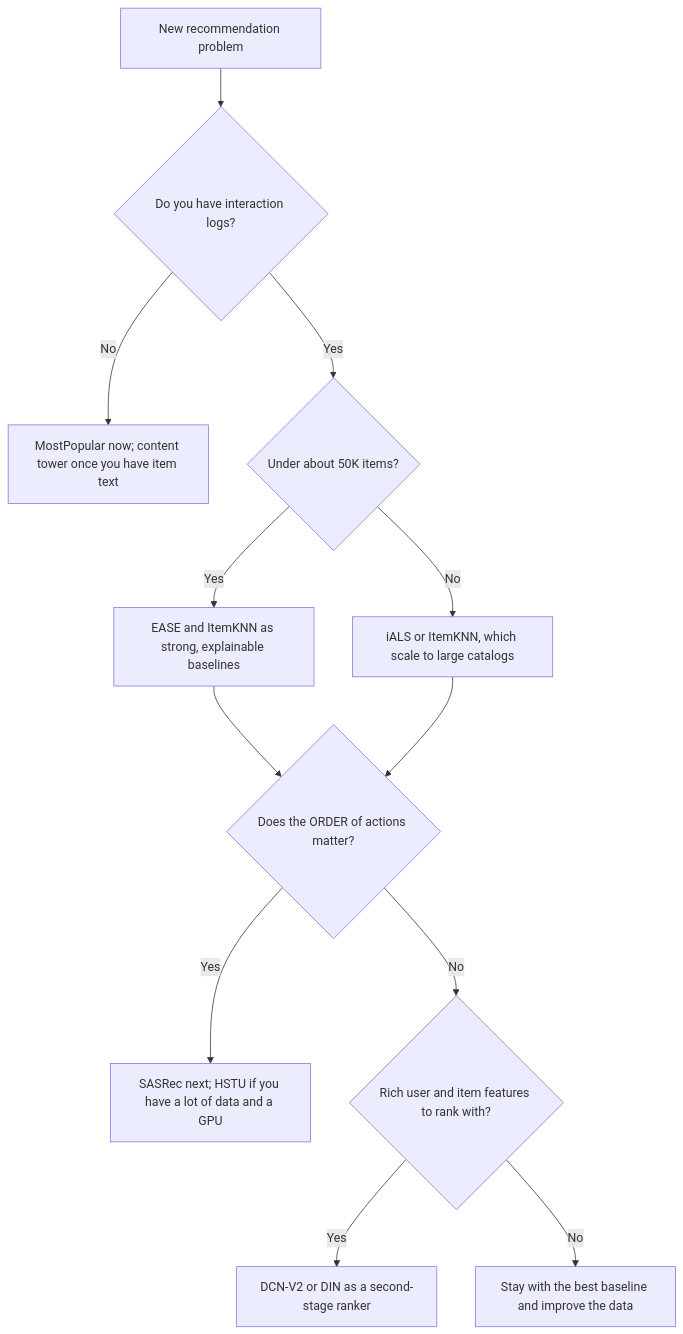
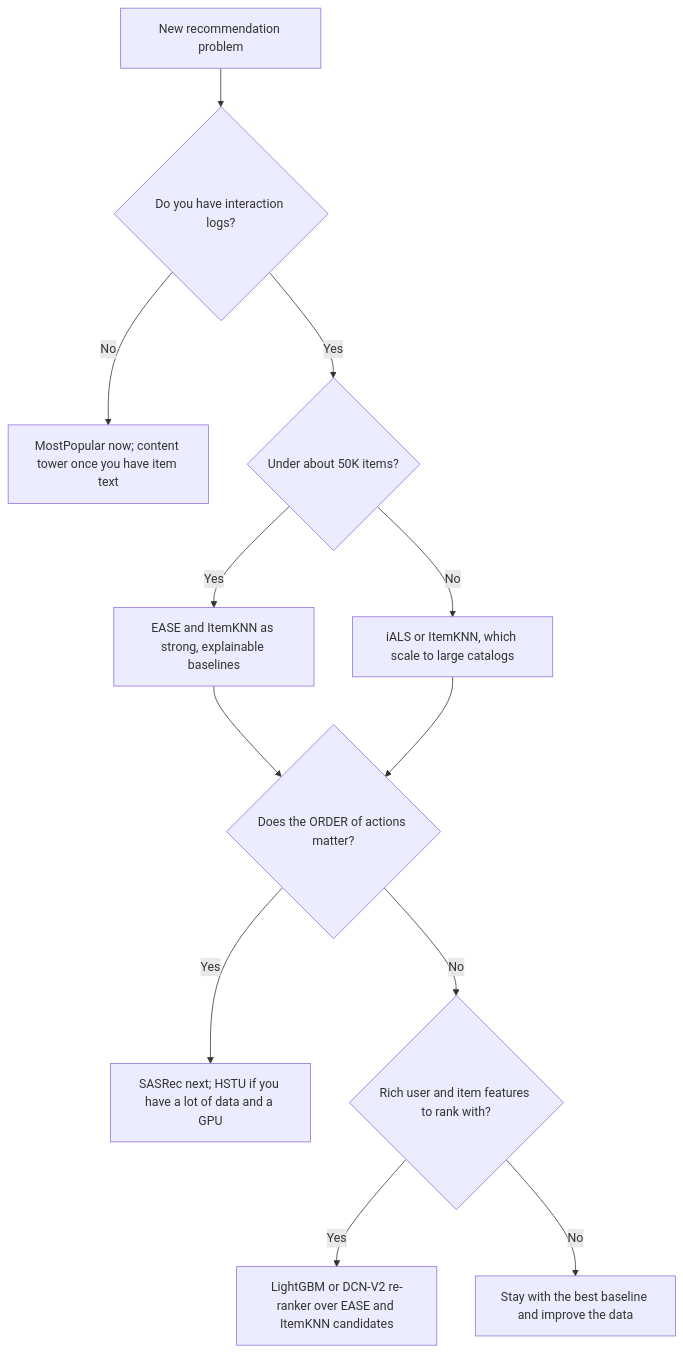
The diagram in docs/dictionary/algorithms/index.md (trunghieu11/recbench), drawn with Mermaid before and after one commit. The commit also changed other lines of this file and 22 other files, not shown here.

First line of the commit message:
Add text-embedding kNN and the two-stage re-rankers (LightGBM, DCN-V2)

````diff
--- a/docs/dictionary/algorithms/index.md
+++ b/docs/dictionary/algorithms/index.md
@@ -70,14 +70,14 @@
 ```mermaid
 flowchart TD
     A[New recommendation problem] --> B{Do you have interaction logs?}
     B -- No --> C[MostPopular now; content tower once you have item text]
     B -- Yes --> D{Under about 50K items?}
     D -- Yes --> E[EASE and ItemKNN as strong, explainable baselines]
     D -- No --> F[iALS or ItemKNN, which scale to large catalogs]
     E --> G{Does the ORDER of actions matter?}
     F --> G
     G -- Yes --> H[SASRec next; HSTU if you have a lot of data and a GPU]
     G -- No --> I{Rich user and item features to rank with?}
-    I -- Yes --> J[DCN-V2 or DIN as a second-stage ranker]
+    I -- Yes --> J[LightGBM or DCN-V2 re-ranker over EASE and ItemKNN candidates]
     I -- No --> K[Stay with the best baseline and improve the data]
 ```
````
